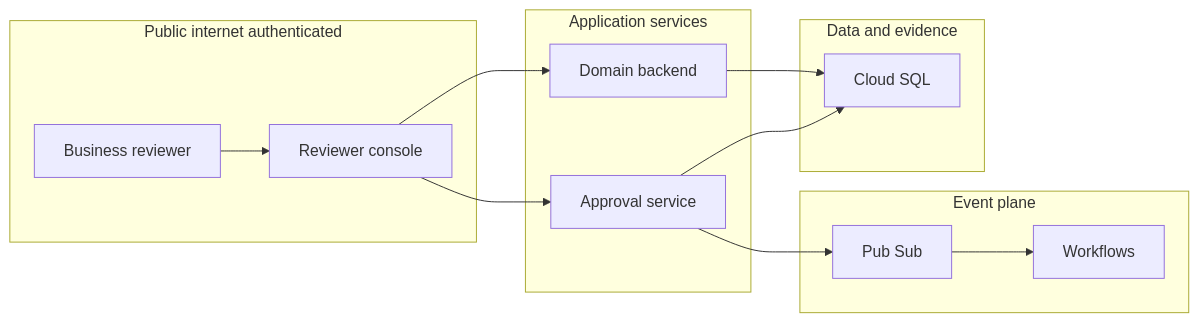
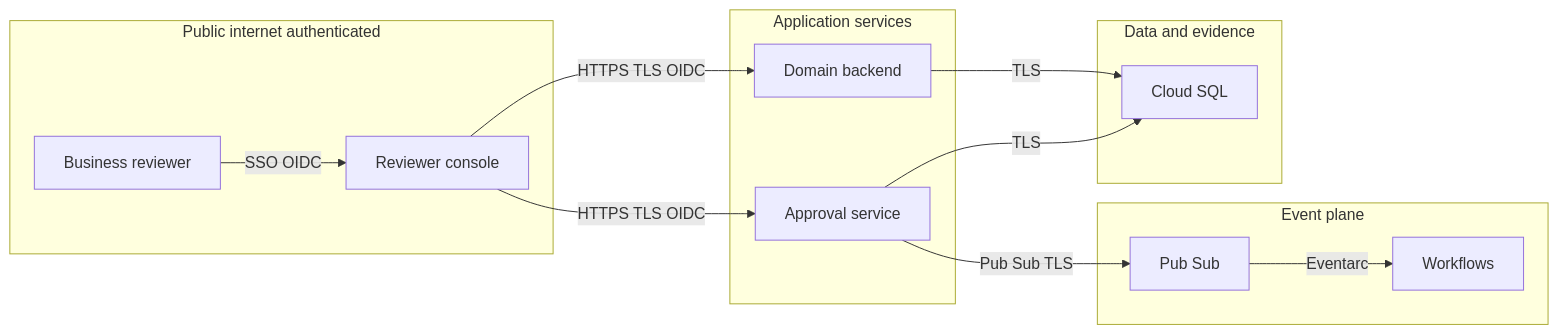
Before and after one commit to eweinmanepam/Documents: the fifth of 21 diagrams in stableimpact-design.md, drawn with Mermaid. The commit also changed other lines of this file, not shown here.

````diff
--- a/stableimpact-design.md
+++ b/stableimpact-design.md
@@ -160,29 +167,29 @@
 ```mermaid
 flowchart LR
   subgraph Public[Public internet authenticated]
-    REVIEWER[Business reviewer]
-    CONSOLE[Reviewer console]
+    R_REVIEWER[Business reviewer]
+    R_CONSOLE[Reviewer console]
   end
 
   subgraph AppSvc[Application services]
-    API[Domain backend]
-    APPROVAL[Approval service]
+    R_API[Domain backend]
+    R_APPROVAL[Approval service]
   end
 
   subgraph DataZone[Data and evidence]
-    SQL[Cloud SQL]
+    R_SQL[Cloud SQL]
   end
 
   subgraph EventZone[Event plane]
-    PS[Pub Sub]
-    WF[Workflows]
+    R_PS[Pub Sub]
+    R_WF[Workflows]
   end
 
-  REVIEWER --> CONSOLE
-  CONSOLE --> API
-  API --> SQL
-  CONSOLE --> APPROVAL
-  APPROVAL --> SQL
-  APPROVAL --> PS
-  PS --> WF
+  R_REVIEWER -->|SSO OIDC| R_CONSOLE
+  R_CONSOLE -->|HTTPS TLS OIDC| R_API
+  R_API -->|TLS| R_SQL
+  R_CONSOLE -->|HTTPS TLS OIDC| R_APPROVAL
+  R_APPROVAL -->|TLS| R_SQL
+  R_APPROVAL -->|Pub Sub TLS| R_PS
+  R_PS -->|Eventarc| R_WF
 ```
````
